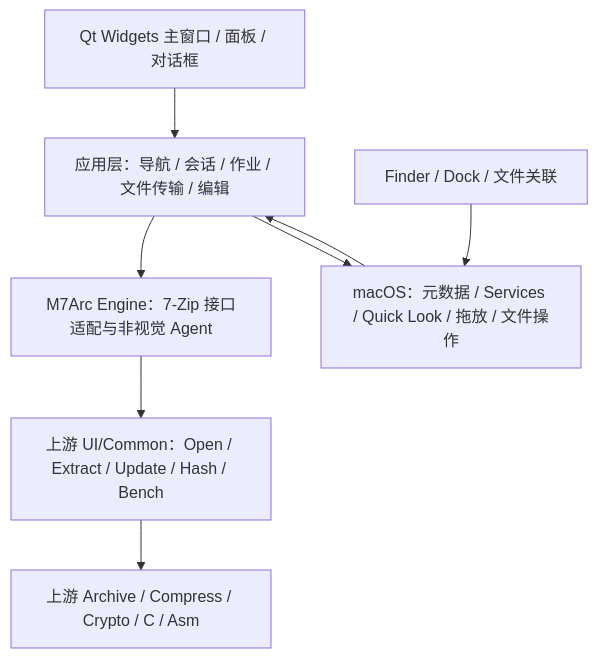
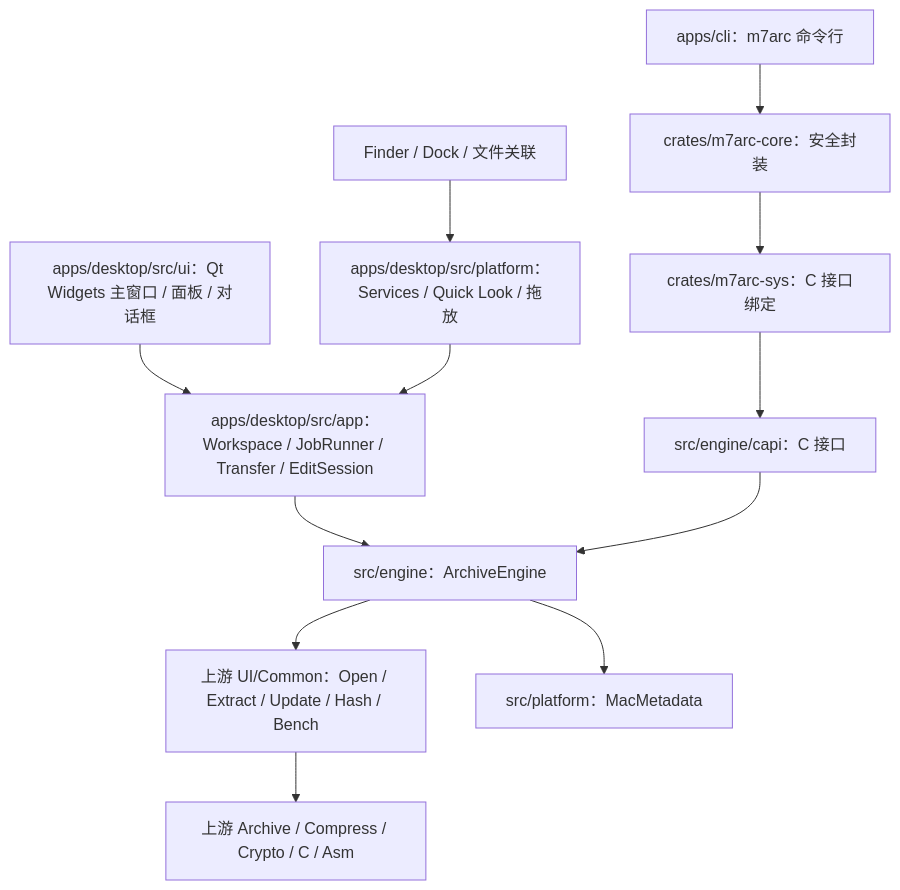
The diagram in DESIGN.zh-CN.md (hyyyyyyz/M7Arc), drawn with Mermaid before and after one commit. The commit also changed other lines of this file and 10 other files, not shown here.

Commit message:
docs: describe the engine, C interface, Rust crates and apps/desktop as built

````diff
--- a/DESIGN.zh-CN.md
+++ b/DESIGN.zh-CN.md
@@ -80,17 +83,26 @@
 ```mermaid
 flowchart TB
-    UI[Qt Widgets 主窗口 / 面板 / 对话框]
-    APP[应用层：导航 / 会话 / 作业 / 文件传输 / 编辑]
-    ENGINE[M7Arc Engine：7-Zip 接口适配与非视觉 Agent]
+    UI[apps/desktop/src/ui：Qt Widgets 主窗口 / 面板 / 对话框]
+    APP[apps/desktop/src/app：Workspace / JobRunner / Transfer / EditSession]
+    CLI[apps/cli：m7arc 命令行]
+    CORE[crates/m7arc-core：安全封装]
+    SYS[crates/m7arc-sys：C 接口绑定]
+    CAPI[src/engine/capi：C 接口]
+    ENGINE[src/engine：ArchiveEngine]
     COMMON[上游 UI/Common：Open / Extract / Update / Hash / Bench]
-    CORE[上游 Archive / Compress / Crypto / C / Asm]
-    MAC[macOS：元数据 / Services / Quick Look / 拖放 / 文件操作]
+    BASE[上游 Archive / Compress / Crypto / C / Asm]
+    MAC[apps/desktop/src/platform：Services / Quick Look / 拖放]
+    META[src/platform：MacMetadata]
     ENTRY[Finder / Dock / 文件关联]
     UI --> APP
     ENTRY --> MAC
     MAC --> APP
     APP --> ENGINE
-    APP --> MAC
+    CLI --> CORE
+    CORE --> SYS
+    SYS --> CAPI
+    CAPI --> ENGINE
+    ENGINE --> META
     ENGINE --> COMMON
-    COMMON --> CORE
+    COMMON --> BASE
 ```
````
